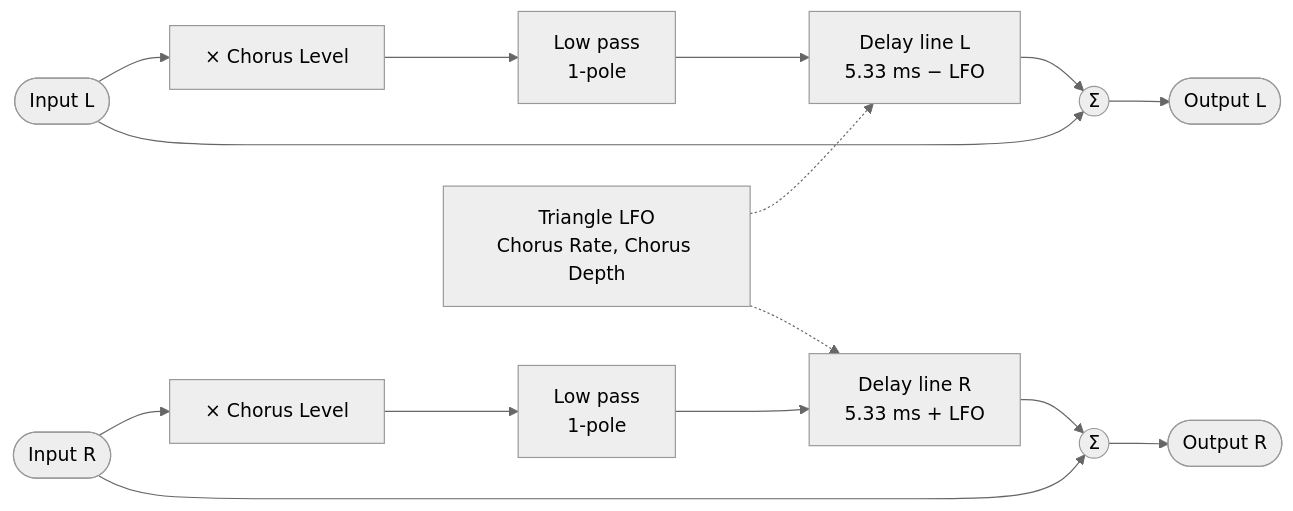
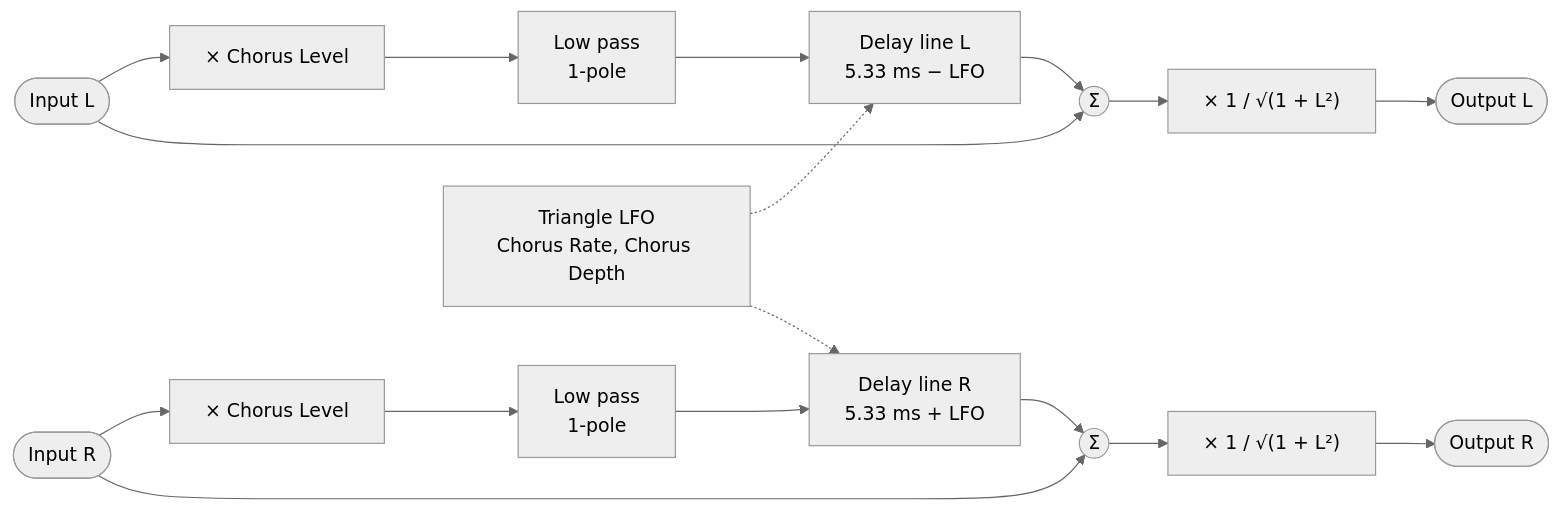
The fifth of 10 diagrams in PRA32-U2-Block-Diagrams.md (risgk/digital-synth-pra32-u2), drawn with Mermaid (neutral theme) before and after one commit. The commit also changed other lines of this file and 1 other file, not shown here.

Commit message:
Chorus FX: Block Diagrams and Change History

````diff
--- a/PRA32-U2-Block-Diagrams.md
+++ b/PRA32-U2-Block-Diagrams.md
@@ -166,16 +168,18 @@
 ```mermaid
 flowchart LR
     INL([Input L]) --> SL["× Chorus Level"]
     SL --> FL["Low pass<br/>1-pole"]
     FL --> DL["Delay line L<br/>5.33 ms − LFO"]
     DL --> ML((Σ))
     INL --> ML
-    ML --> OUTL([Output L])
+    ML --> GL["× 1 / √(1 + L²)"]
+    GL --> OUTL([Output L])
     INR([Input R]) --> SR["× Chorus Level"]
     SR --> FR["Low pass<br/>1-pole"]
     FR --> DR["Delay line R<br/>5.33 ms + LFO"]
     DR --> MR((Σ))
     INR --> MR
-    MR --> OUTR([Output R])
+    MR --> GR["× 1 / √(1 + L²)"]
+    GR --> OUTR([Output R])
     LFO["Triangle LFO<br/>Chorus Rate, Chorus Depth"] -.-> DL & DR
 ```
````
